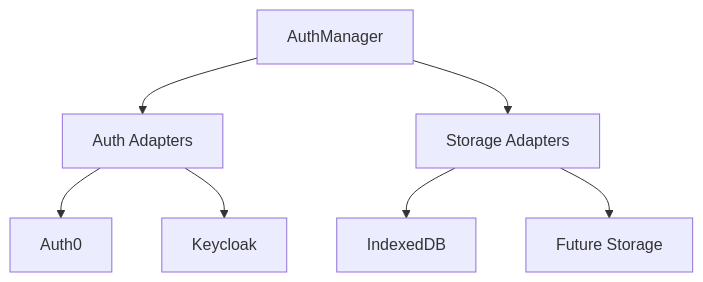
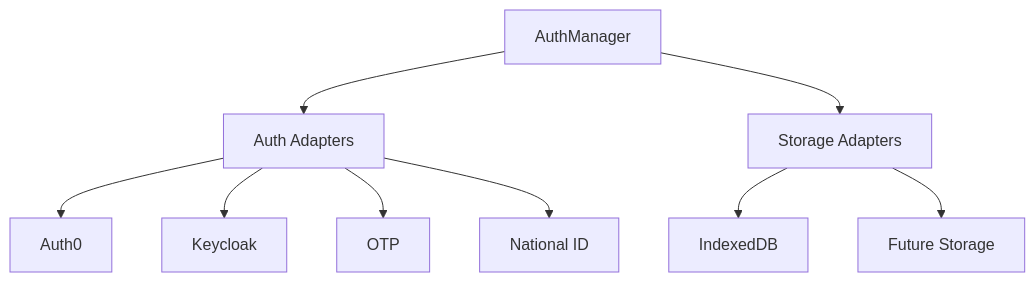
One commit to idpass/idpass-data-collect changed the first of 3 diagrams in website/docs/architecture/authentication.md. Above: the diagram before and after it, drawn with Mermaid. The commit also changed other lines of this file and 1 other file, not shown here.

Commit message:
docs: add OTP and National ID auth adapters to architecture docs

````diff
--- a/website/docs/architecture/authentication.md
+++ b/website/docs/architecture/authentication.md
@@ -20,9 +20,11 @@
 ```mermaid
 graph TD
     A[AuthManager] --> B[Auth Adapters]
     A --> C[Storage Adapters]
     B --> D[Auth0]
     B --> E[Keycloak]
+    B --> H[OTP]
+    B --> I[National ID]
     C --> F[IndexedDB]
     C --> G[Future Storage]
 ```
````
